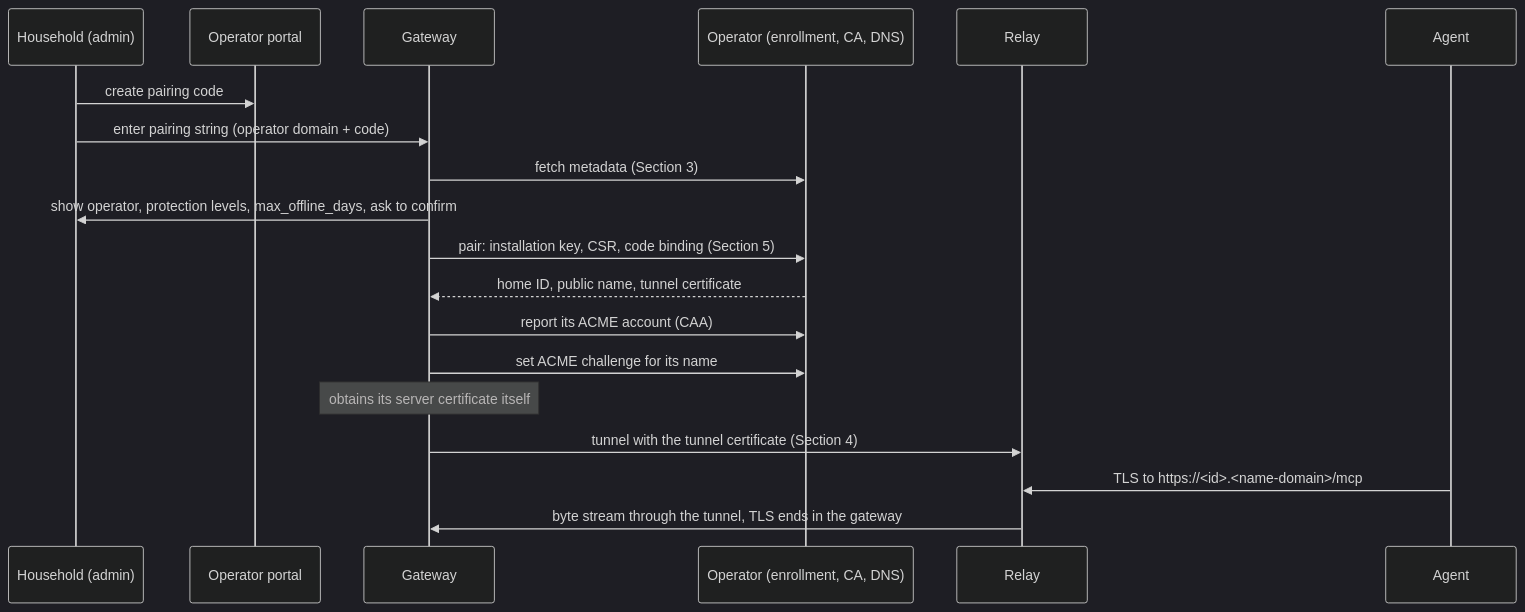
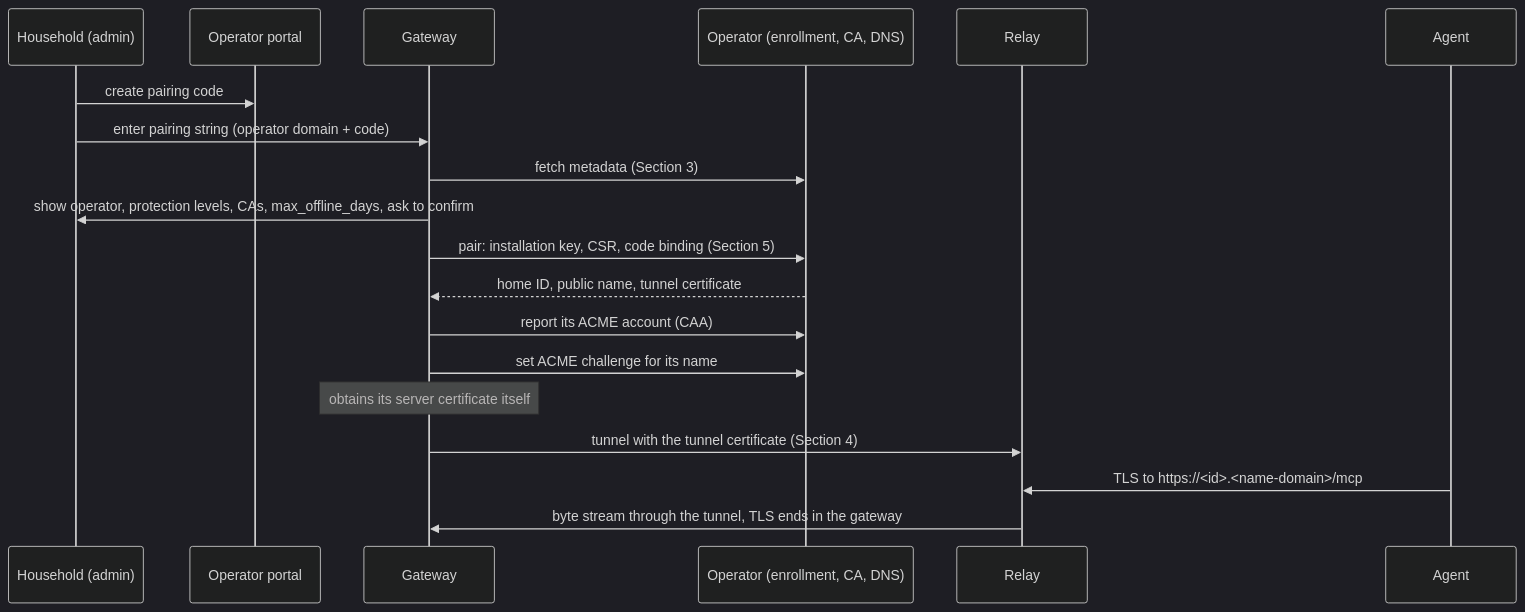
The diagram in RELAY-v0.md (home-mandate/spec), drawn with Mermaid (dark theme) before and after one commit. The commit also changed other lines of this file and 10 other files, not shown here.

````diff
--- a/RELAY-v0.md
+++ b/RELAY-v0.md
@@ -64,21 +65,21 @@
 ```mermaid
 sequenceDiagram
   participant U as Household (admin)
   participant P as Operator portal
   participant G as Gateway
   participant O as Operator (enrollment, CA, DNS)
   participant R as Relay
   participant A as Agent
   U->>P: create pairing code
   U->>G: enter pairing string (operator domain + code)
   G->>O: fetch metadata (Section 3)
-  G->>U: show operator, protection levels, max_offline_days, ask to confirm
+  G->>U: show operator, protection levels, CAs, max_offline_days, ask to confirm
   G->>O: pair: installation key, CSR, code binding (Section 5)
   O-->>G: home ID, public name, tunnel certificate
   G->>O: report its ACME account (CAA)
   G->>O: set ACME challenge for its name
   Note over G: obtains its server certificate itself
   G->>R: tunnel with the tunnel certificate (Section 4)
   A->>R: TLS to https://#lt;id#gt;.#lt;name-domain#gt;/mcp
   R->>G: byte stream through the tunnel, TLS ends in the gateway
 ```
````
